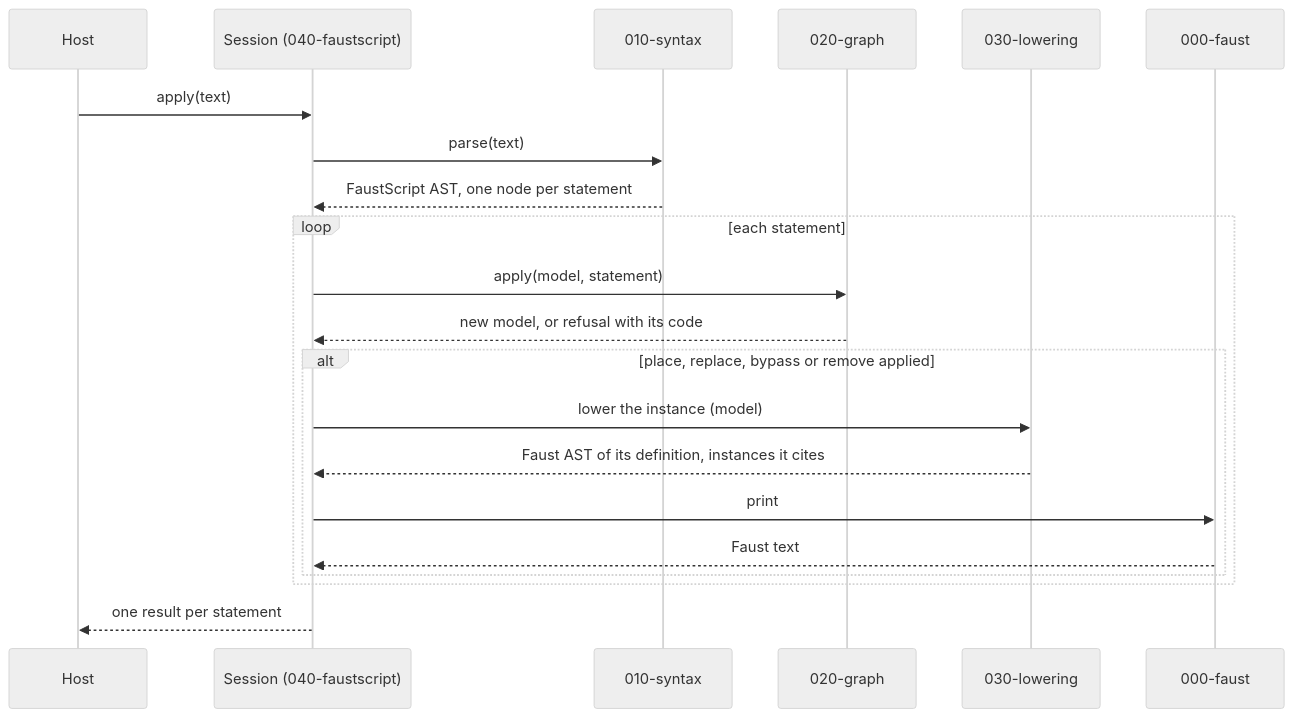
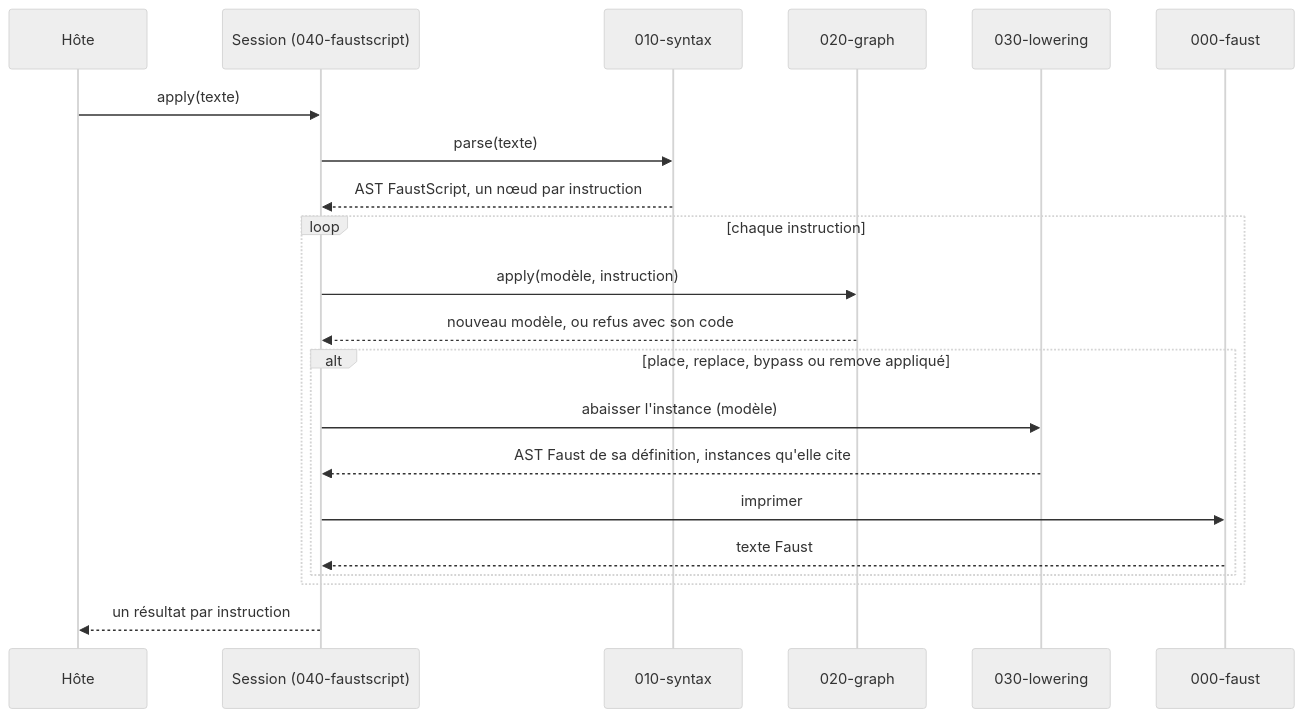
One commit to roomi-fields/faustscript changed the third of 3 diagrams in docs/ARCHITECTURE.md. Above: the diagram before and after it, drawn with Mermaid (neutral theme). The commit also changed other lines of this file and 10 other files, not shown here.

First line of the commit message:
docs: diagrams in French; the writing rules applied in both languages

````diff
--- a/docs/ARCHITECTURE.md
+++ b/docs/ARCHITECTURE.md
@@ -89,23 +89,23 @@
 ```mermaid
 sequenceDiagram
-  participant H as Host
+  participant H as Hôte
   participant S as Session (040-faustscript)
   participant X as 010-syntax
   participant G as 020-graph
   participant L as 030-lowering
   participant F as 000-faust
-  H->>S: apply(text)
-  S->>X: parse(text)
-  X-->>S: FaustScript AST, one node per statement
-  loop each statement
-    S->>G: apply(model, statement)
-    G-->>S: new model, or refusal with its code
-    alt place, replace, bypass or remove applied
-      S->>L: lower the instance (model)
-      L-->>S: Faust AST of its definition, instances it cites
-      S->>F: print
-      F-->>S: Faust text
+  H->>S: apply(texte)
+  S->>X: parse(texte)
+  X-->>S: AST FaustScript, un nœud par instruction
+  loop chaque instruction
+    S->>G: apply(modèle, instruction)
+    G-->>S: nouveau modèle, ou refus avec son code
+    alt place, replace, bypass ou remove appliqué
+      S->>L: abaisser l'instance (modèle)
+      L-->>S: AST Faust de sa définition, instances qu'elle cite
+      S->>F: imprimer
+      F-->>S: texte Faust
     end
   end
-  S-->>H: one result per statement
+  S-->>H: un résultat par instruction
 ```
````
